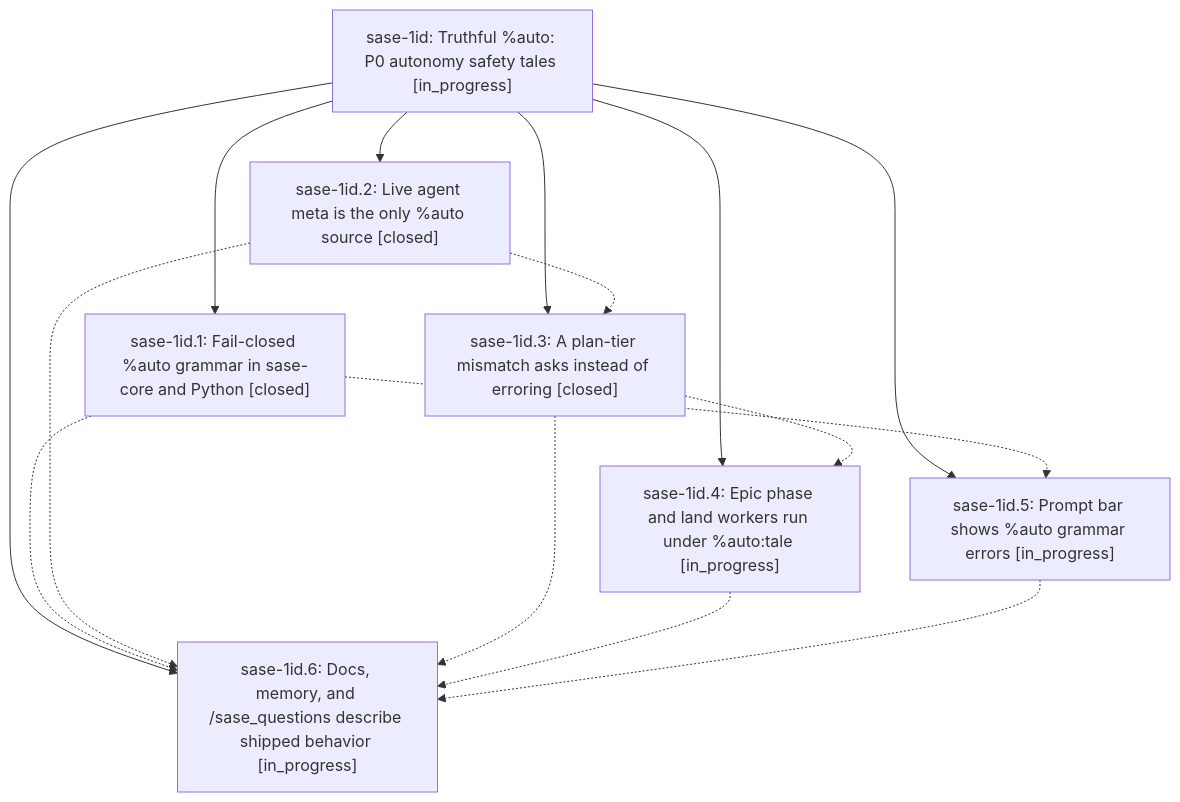
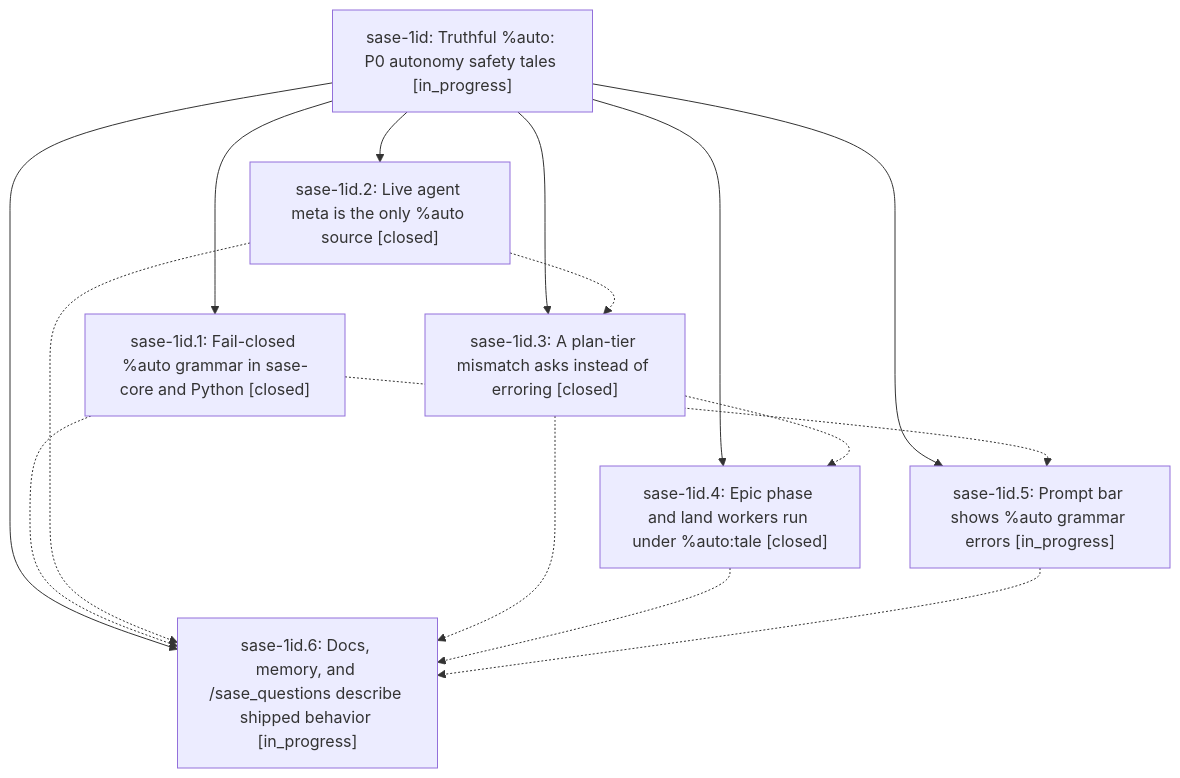
Before and after one commit to sase-org/sase--beads: the diagram in pages/sase-1id/README.md, drawn with Mermaid. The commit also changed other lines of this file and 3 other files, not shown here.

````diff
--- a/pages/sase-1id/README.md
+++ b/pages/sase-1id/README.md
@@ -39,24 +39,24 @@
 ```mermaid
 flowchart TD
     n0["sase-1id: Truthful %auto: P0 autonomy safety tales [in_progress]"]
     n1["sase-1id.1: Fail-closed %auto grammar in sase-core and Python [closed]"]
     n2["sase-1id.2: Live agent meta is the only %auto source [closed]"]
     n3["sase-1id.3: A plan-tier mismatch asks instead of erroring [closed]"]
-    n4["sase-1id.4: Epic phase and land workers run under %auto:tale [in_progress]"]
+    n4["sase-1id.4: Epic phase and land workers run under %auto:tale [closed]"]
     n5["sase-1id.5: Prompt bar shows %auto grammar errors [in_progress]"]
     n6["sase-1id.6: Docs, memory, and /sase_questions describe shipped behavior [in_progress]"]
     n0 --> n1
     n0 --> n2
     n0 --> n3
     n0 --> n4
     n0 --> n5
     n0 --> n6
     n1 -.-> n5
     n1 -.-> n6
     n2 -.-> n3
     n2 -.-> n6
     n3 -.-> n4
     n3 -.-> n6
     n4 -.-> n6
     n5 -.-> n6
 ```
````
